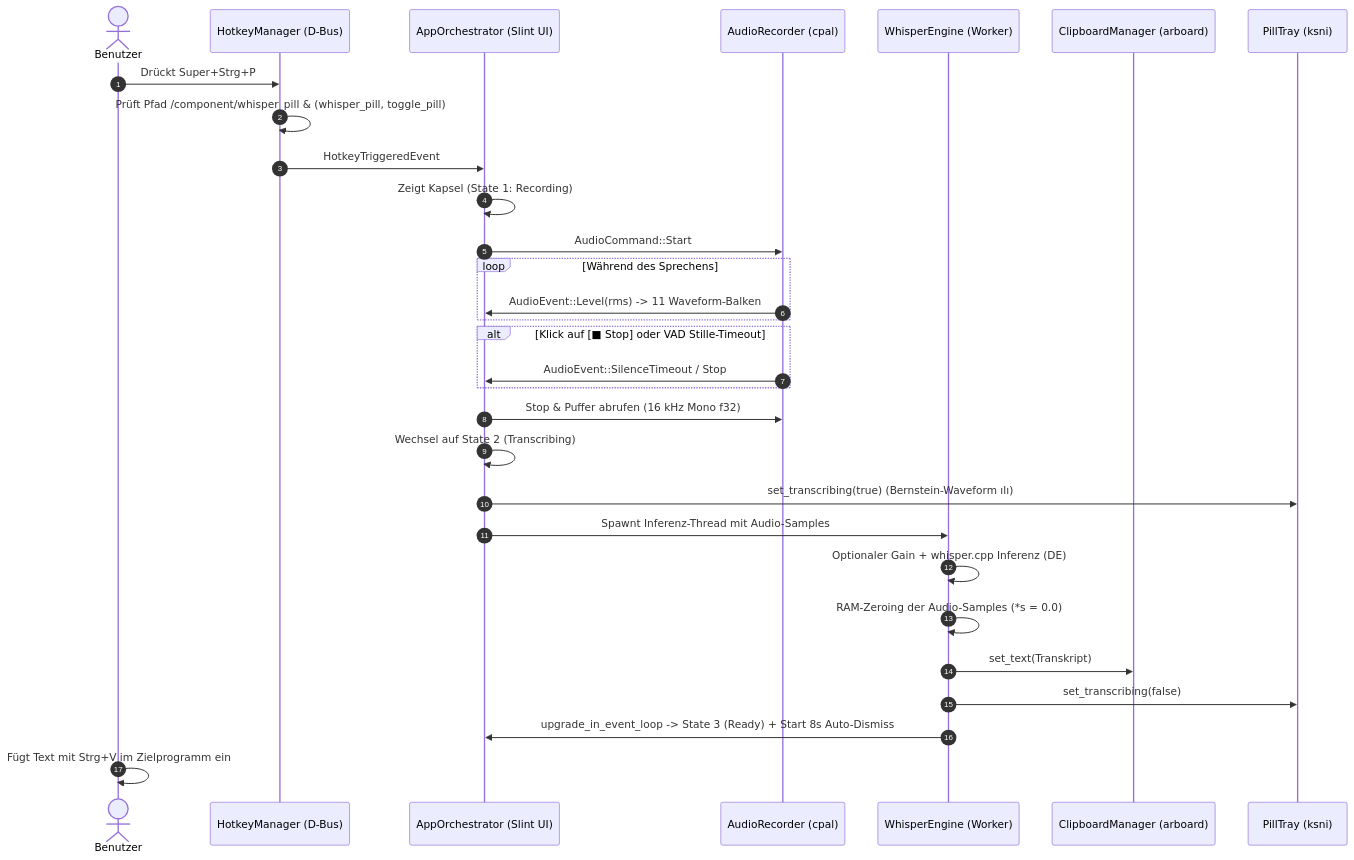
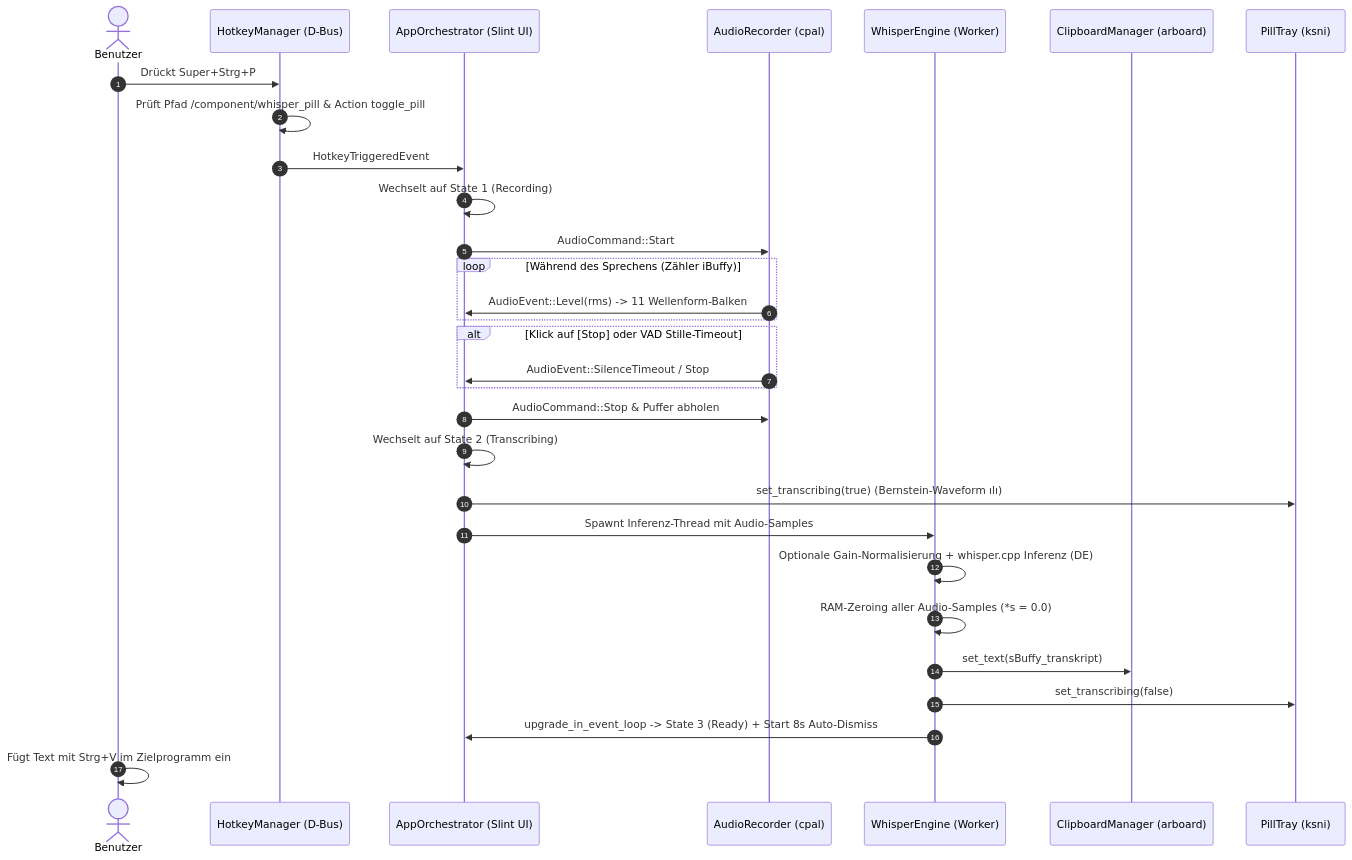
Before and after one commit to Sympa1/whisper_pill: the third of 5 diagrams in docs/architecture/technical_documentation.md, drawn with Mermaid. The commit also changed other lines of this file and 17 other files, not shown here.

````diff
--- a/docs/architecture/technical_documentation.md
+++ b/docs/architecture/technical_documentation.md
@@ -185,33 +180,38 @@
 ```mermaid
 sequenceDiagram
     autonumber
     actor User as Benutzer
     participant Hotkey as HotkeyManager (D-Bus)
     participant Main as AppOrchestrator (Slint UI)
     participant Audio as AudioRecorder (cpal)
     participant Worker as WhisperEngine (Worker)
     participant Clip as ClipboardManager (arboard)
     participant Tray as PillTray (ksni)
 
     User->>Hotkey: Drückt Super+Strg+P
-    Hotkey->>Hotkey: Prüft Pfad /component/whisper_pill & (whisper_pill, toggle_pill)
+    Hotkey->>Hotkey: Prüft Pfad /component/whisper_pill & Action toggle_pill
     Hotkey->>Main: HotkeyTriggeredEvent
-    Main->>Main: Zeigt Kapsel (State 1: Recording)
+    Main->>Main: Wechselt auf State 1 (Recording)
     Main->>Audio: AudioCommand::Start
-    loop Während des Sprechens
-        Audio->>Main: AudioEvent::Level(rms) -> 11 Waveform-Balken
+
+    loop Während des Sprechens (Zähler iBuffy)
+        Audio->>Main: AudioEvent::Level(rms) -> 11 Wellenform-Balken
     end
-    alt Klick auf [■ Stop] oder VAD Stille-Timeout
+
+    alt Klick auf [Stop] oder VAD Stille-Timeout
         Audio->>Main: AudioEvent::SilenceTimeout / Stop
     end
-    Main->>Audio: Stop & Puffer abrufen (16 kHz Mono f32)
-    Main->>Main: Wechsel auf State 2 (Transcribing)
+
+    Main->>Audio: AudioCommand::Stop & Puffer abholen
+    Main->>Main: Wechselt auf State 2 (Transcribing)
     Main->>Tray: set_transcribing(true) (Bernstein-Waveform ılı)
     Main->>Worker: Spawnt Inferenz-Thread mit Audio-Samples
-    Worker->>Worker: Optionaler Gain + whisper.cpp Inferenz (DE)
-    Worker->>Worker: RAM-Zeroing der Audio-Samples (*s = 0.0)
-    Worker->>Clip: set_text(Transkript)
+
+    Worker->>Worker: Optionale Gain-Normalisierung + whisper.cpp Inferenz (DE)
+    Worker->>Worker: RAM-Zeroing aller Audio-Samples (*s = 0.0)
+    Worker->>Clip: set_text(sBuffy_transkript)
     Worker->>Tray: set_transcribing(false)
     Worker->>Main: upgrade_in_event_loop -> State 3 (Ready) + Start 8s Auto-Dismiss
+
     User->>User: Fügt Text mit Strg+V im Zielprogramm ein
 ```
````
